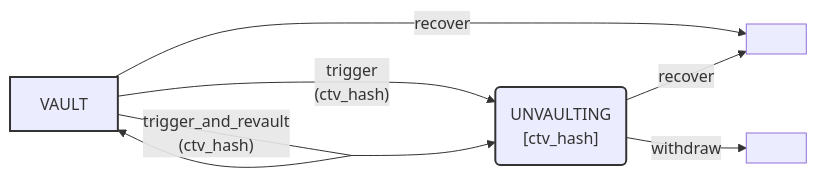
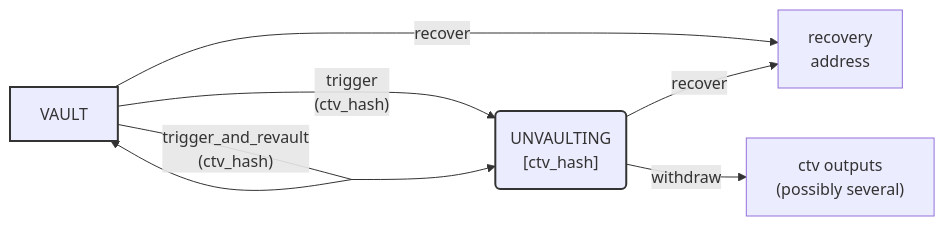
One commit to Merkleize/pymatt changed the diagram in docs/contracts.md. Above: the diagram before and after it, drawn with Mermaid.

Commit message:
Improve vault mermaid graph

````diff
--- a/docs/contracts.md
+++ b/docs/contracts.md
@@ -44,16 +44,16 @@
 ```mermaid
 graph LR
-    VAULT -->|recover| R[ ]
+    VAULT -->|recover| R["recovery<br>address"]
     VAULT -->|"trigger<br>(ctv_hash)"| UNVAULTING
     VAULT ---|"trigger_and_revault<br>(ctv_hash)"| X( )
     X --> VAULT
     X --> UNVAULTING
     style X display: none;
 
     UNVAULTING("UNVAULTING<br>[ctv_hash]")
-    UNVAULTING -->|recover| R[ ]
-    UNVAULTING -->|withdraw| D[ ]
+    UNVAULTING -->|recover| R["recovery<br>address"]
+    UNVAULTING -->|withdraw| D["ctv outputs<br>(possibly several)"]
 
     classDef contract stroke:#333,stroke-width:2px;
     class VAULT,UNVAULTING contract
 ```
````
